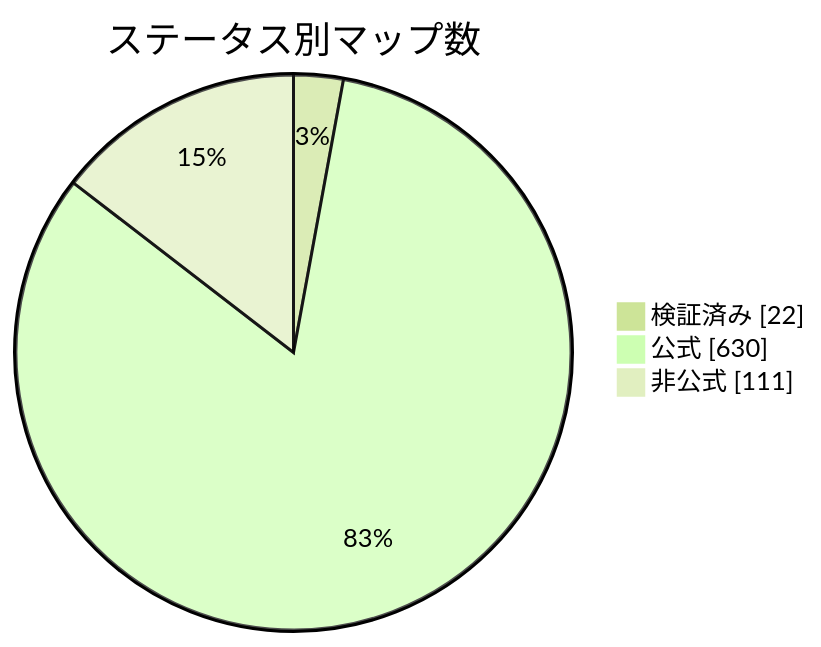
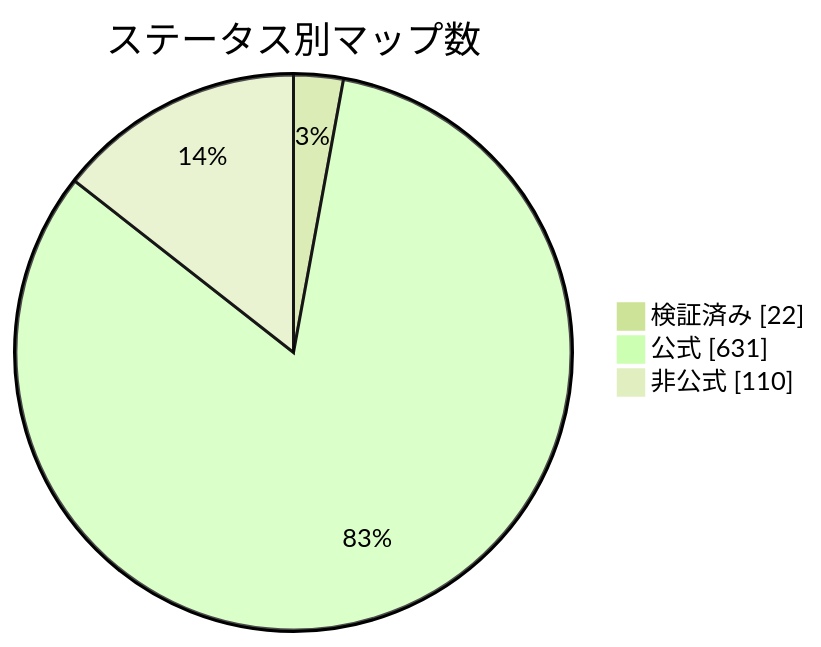
Before and after one commit to nobrega8/mbmap-library: the diagram in docs/readme/README_JP.md, drawn with Mermaid (forest theme). The commit also changed 6 other files, not shown here.

````diff
--- a/docs/readme/README_JP.md
+++ b/docs/readme/README_JP.md
@@ -54,7 +54,7 @@
 ```mermaid
 pie showData
     title ステータス別マップ数
     "検証済み" : 22
-    "公式" : 630
-    "非公式" : 111
+    "公式" : 631
+    "非公式" : 110
 ```
````
